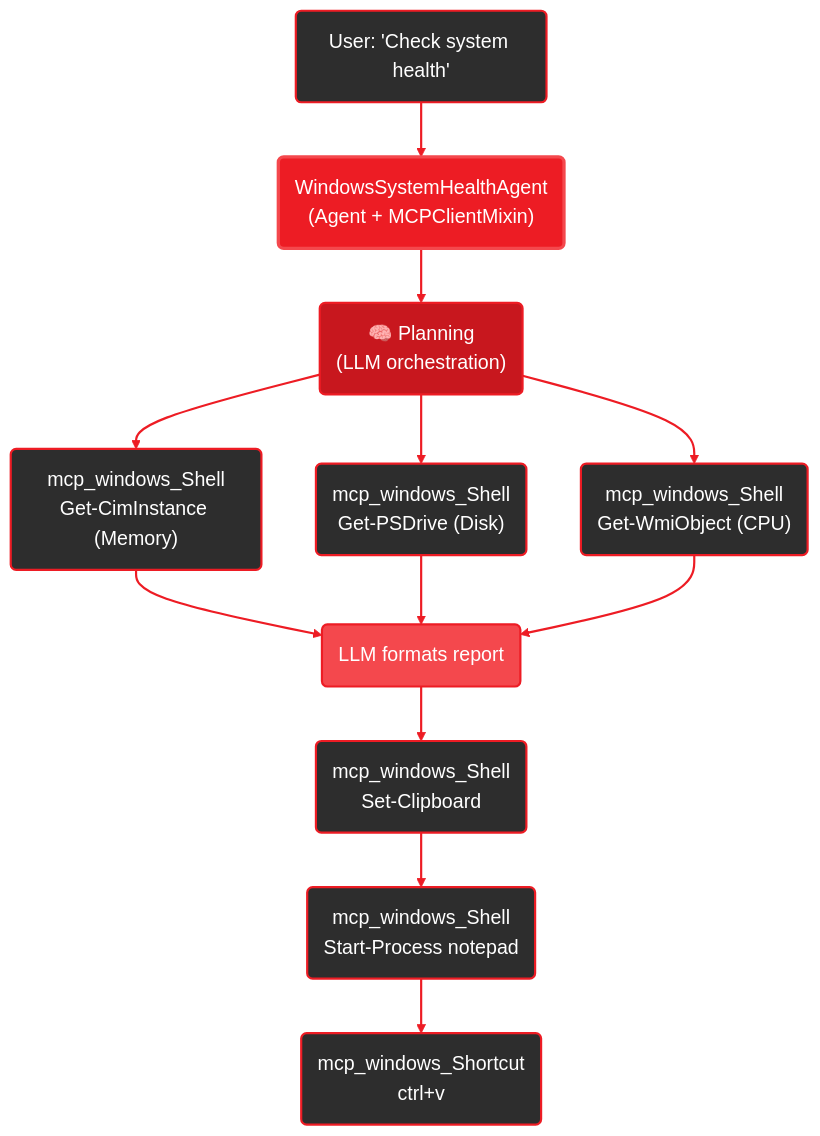
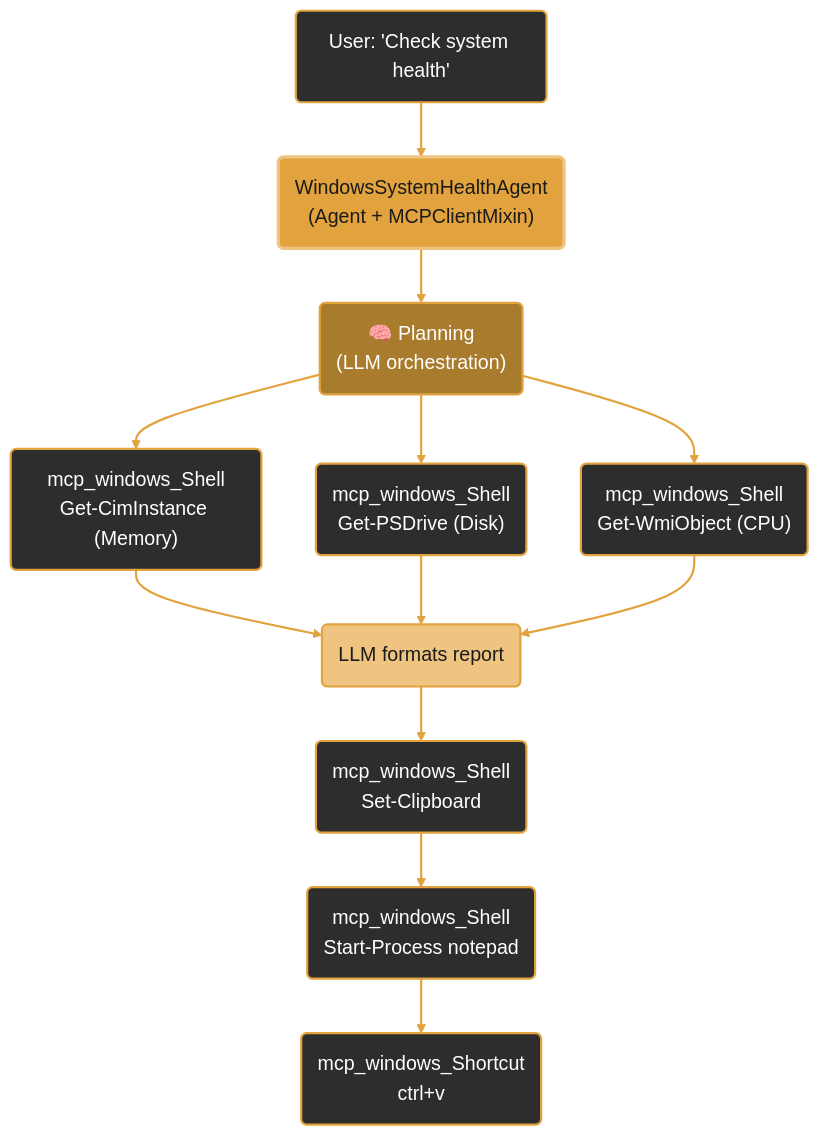
One commit to amd/gaia changed the diagram in docs/guides/mcp/windows-system-health.mdx. Above: the diagram before and after it, drawn with Mermaid. The commit also changed 37 other files, not shown here.

````diff
--- a/docs/guides/mcp/windows-system-health.mdx
+++ b/docs/guides/mcp/windows-system-health.mdx
@@ -68,35 +68,35 @@
 ```mermaid
-%%{init: {'theme':'base', 'themeVariables': { 'primaryColor':'#ED1C24', 'fontSize':'18px', 'lineColor':'#ED1C24', 'primaryTextColor':'#fff', 'edgeLabelBackground':'#1a1a1a'}, 'flowchart': {'curve': 'basis'}}}%%
+%%{init: {'theme':'base', 'themeVariables': { 'primaryColor':'#E2A33E', 'fontSize':'18px', 'lineColor':'#E2A33E', 'primaryTextColor':'#1a1a1a', 'edgeLabelBackground':'#1a1a1a'}, 'flowchart': {'curve': 'basis'}}}%%
 graph TB
     User("User: 'Check system health'")
     Agent("WindowsSystemHealthAgent<br/>(Agent + MCPClientMixin)")
     Plan("🧠 Planning<br/>(LLM orchestration)")
 
     User --> Agent
     Agent --> Plan
 
     Plan --> Shell1("mcp_windows_Shell<br/>Get-CimInstance (Memory)")
     Plan --> Shell2("mcp_windows_Shell<br/>Get-PSDrive (Disk)")
     Plan --> Shell3("mcp_windows_Shell<br/>Get-WmiObject (CPU)")
 
     Shell1 --> Format("LLM formats report")
     Shell2 --> Format
     Shell3 --> Format
 
     Format --> Clipboard("mcp_windows_Shell<br/>Set-Clipboard")
     Clipboard --> Notepad("mcp_windows_Shell<br/>Start-Process notepad")
     Notepad --> Paste("mcp_windows_Shortcut<br/>ctrl+v")
 
-    style User fill:#2d2d2d,stroke:#ED1C24,stroke-width:2px,color:#fff
-    style Agent fill:#ED1C24,stroke:#F4484D,stroke-width:3px,color:#fff
-    style Plan fill:#C8171E,stroke:#ED1C24,stroke-width:2px,color:#fff
-    style Shell1 fill:#2d2d2d,stroke:#ED1C24,stroke-width:2px,color:#fff
-    style Shell2 fill:#2d2d2d,stroke:#ED1C24,stroke-width:2px,color:#fff
-    style Shell3 fill:#2d2d2d,stroke:#ED1C24,stroke-width:2px,color:#fff
-    style Format fill:#F4484D,stroke:#ED1C24,stroke-width:2px,color:#fff
-    style Clipboard fill:#2d2d2d,stroke:#ED1C24,stroke-width:2px,color:#fff
-    style Notepad fill:#2d2d2d,stroke:#ED1C24,stroke-width:2px,color:#fff
-    style Paste fill:#2d2d2d,stroke:#ED1C24,stroke-width:2px,color:#fff
+    style User fill:#2d2d2d,stroke:#E2A33E,stroke-width:2px,color:#fff
+    style Agent fill:#E2A33E,stroke:#EFC480,stroke-width:3px,color:#1a1a1a
+    style Plan fill:#A87B2D,stroke:#E2A33E,stroke-width:2px,color:#fff
+    style Shell1 fill:#2d2d2d,stroke:#E2A33E,stroke-width:2px,color:#fff
+    style Shell2 fill:#2d2d2d,stroke:#E2A33E,stroke-width:2px,color:#fff
+    style Shell3 fill:#2d2d2d,stroke:#E2A33E,stroke-width:2px,color:#fff
+    style Format fill:#EFC480,stroke:#E2A33E,stroke-width:2px,color:#1a1a1a
+    style Clipboard fill:#2d2d2d,stroke:#E2A33E,stroke-width:2px,color:#fff
+    style Notepad fill:#2d2d2d,stroke:#E2A33E,stroke-width:2px,color:#fff
+    style Paste fill:#2d2d2d,stroke:#E2A33E,stroke-width:2px,color:#fff
 
-    linkStyle default stroke:#ED1C24,stroke-width:2px
+    linkStyle default stroke:#E2A33E,stroke-width:2px
 ```
````
